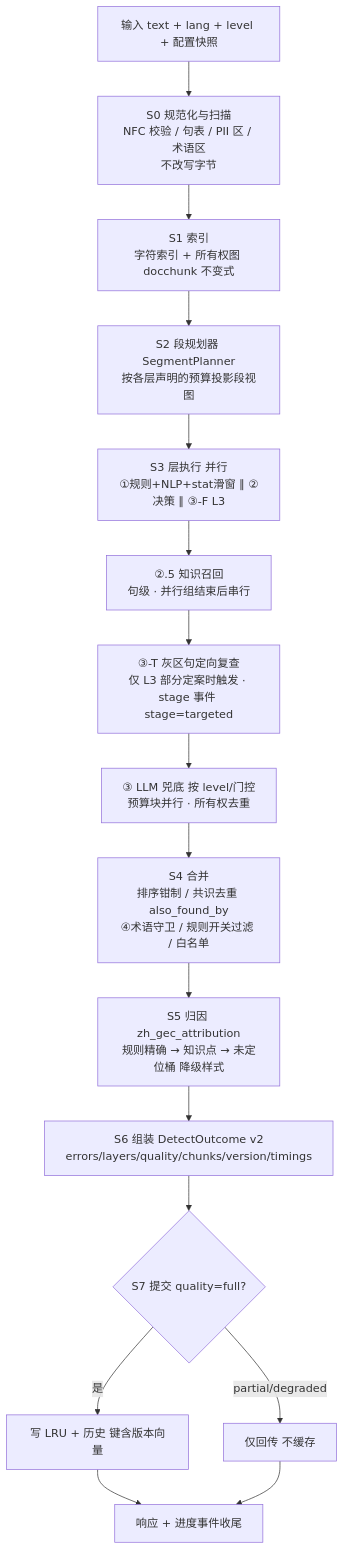
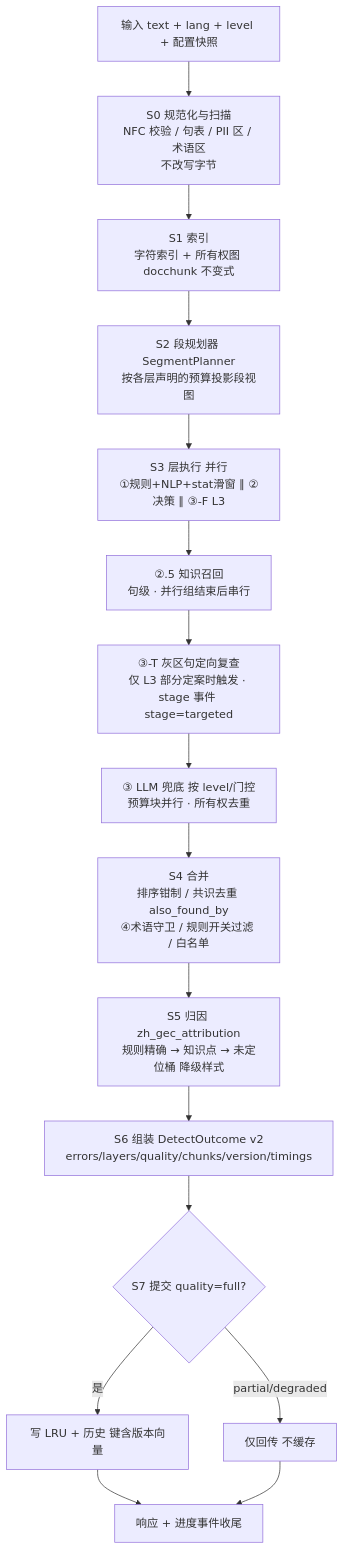
One commit to narrativeos/LangFixer changed the diagram in docs/DETECT_PIPELINE.md. Above: the diagram before and after it, drawn with Mermaid. The commit also changed 1 other file, not shown here.

Commit message:
fix(web-ui,docs): 审校修复——skipped 节点不挂命中数，mermaid ③ 节点「兕底」改「兜底」
- StageProgress foundOf/alsoOf：skipped/canceled 节点显示的是另一条路径的
  检出数（③-T skipped 时 layers.llm 记的是全文 ③ 的命中，反之亦然），
  tooltip 不再归因；subText 原本已短路到状态词，行为不变
- DETECT_PIPELINE §2 mermaid：③ 节点错字「兕底」→「兜底」
- 验证：vitest 127 绿、vue-tsc 干净、cargo check --workspace --all-targets 过

````diff
--- a/docs/DETECT_PIPELINE.md
+++ b/docs/DETECT_PIPELINE.md
@@ -17,18 +17,18 @@
 ```mermaid
 flowchart TD
     IN[输入 text + lang + level + 配置快照] --> S0[S0 规范化与扫描<br/>NFC 校验 / 句表 / PII 区 / 术语区<br/>不改写字节]
     S0 --> S1[S1 索引<br/>字符索引 + 所有权图 docchunk 不变式]
     S1 --> S2[S2 段规划器 SegmentPlanner<br/>按各层声明的预算投影段视图]
     S2 --> S3[S3 层执行 并行<br/>①规则+NLP+stat滑窗 ∥ ②决策 ∥ ③-F L3]
     S3 --> S25[②.5 知识召回<br/>句级 · 并行组结束后串行]
     S25 --> S3T[③-T 灰区句定向复查<br/>仅 L3 部分定案时触发 · stage 事件 stage=targeted]
-    S3T --> S3L[③ LLM 兕底 按 level/门控<br/>预算块并行 · 所有权去重]
+    S3T --> S3L[③ LLM 兜底 按 level/门控<br/>预算块并行 · 所有权去重]
     S3L --> S4[S4 合并<br/>排序钳制 / 共识去重 also_found_by<br/>④术语守卫 / 规则开关过滤 / 白名单]
     S4 --> S5[S5 归因 zh_gec_attribution<br/>规则精确 → 知识点 → 未定位桶 降级样式]
     S5 --> S6[S6 组装 DetectOutcome v2<br/>errors/layers/quality/chunks/version/timings]
     S6 --> S7{S7 提交 quality=full?}
     S7 -->|是| C[写 LRU + 历史 键含版本向量]
     S7 -->|partial/degraded| N[仅回传 不缓存]
     C --> OUT[响应 + 进度事件收尾]
     N --> OUT
 ```
````
